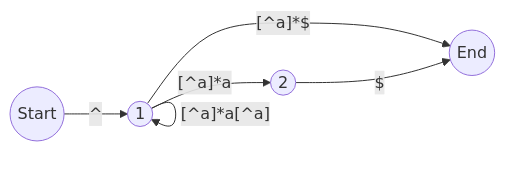
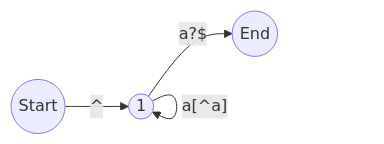
One commit to tdzl2003/leetcode_live changed diagram 18 of 20 in regexp/20220102.md. Above: the diagram before and after it, drawn with Mermaid. The commit also changed other lines of this file, not shown here.

````diff
--- a/regexp/20220102.md
+++ b/regexp/20220102.md
@@ -88,12 +228,10 @@
 ```mermaid
 graph LR
     Start((Start))
     1((1))
-    2((2))
     End((End))
     Start -- ^ --> 1
-    1 -- "[^a]*a" --> 2
-    1 -- "[^a]*a[^a]" --> 1
-    1 -- "[^a]*$" --> End
-    2 -- $ --> End
+    1 -- "[^a]" --> 1
+    1 -- "a[^a]" --> 1
+    1 -- "a?$" --> End
 ```
````
